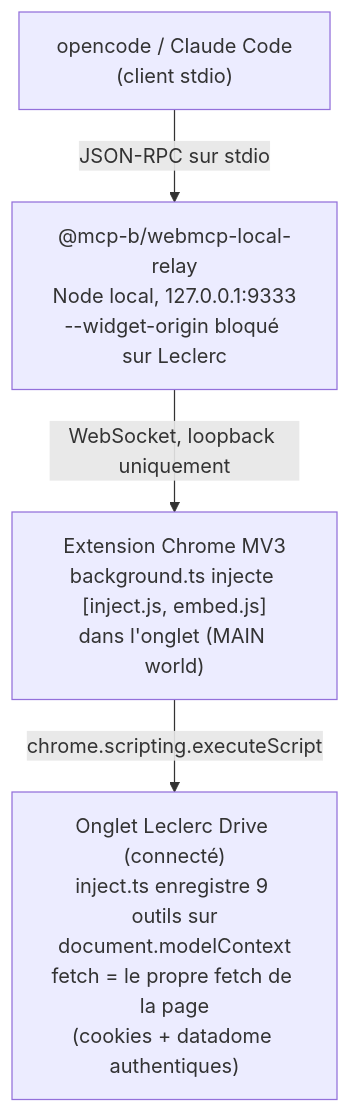
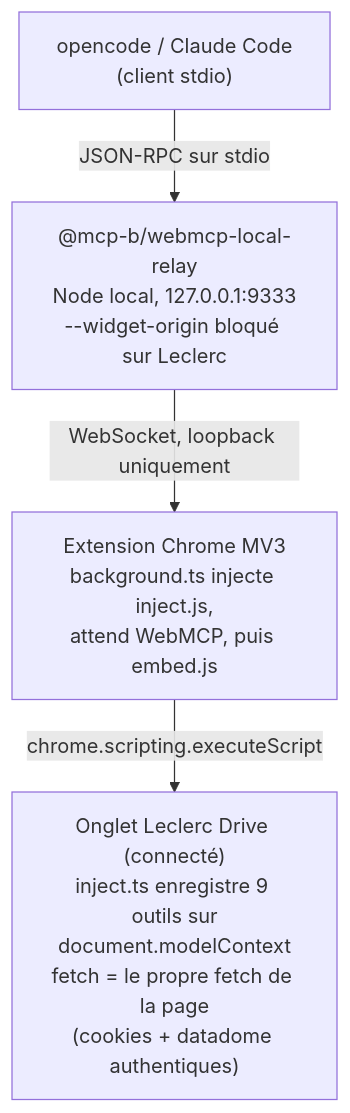
One commit to maurice30120/mcp-leclerc-drive changed the diagram in docs/README.md. Above: the diagram before and after it, drawn with Mermaid. The commit also changed other lines of this file and 42 other files, not shown here.

````diff
--- a/docs/README.md
+++ b/docs/README.md
@@ -19,11 +22,11 @@
 ```mermaid
 flowchart TD
     Client["opencode / Claude Code<br/>(client stdio)"]
     Relay["@mcp-b/webmcp-local-relay<br/>Node local, 127.0.0.1:9333<br/>--widget-origin bloqué sur Leclerc"]
-    Ext["Extension Chrome MV3<br/>background.ts injecte [inject.js, embed.js]<br/>dans l'onglet (MAIN world)"]
+    Ext["Extension Chrome MV3<br/>background.ts injecte inject.js,<br/>attend WebMCP, puis embed.js"]
     Tab["Onglet Leclerc Drive (connecté)<br/>inject.ts enregistre 9 outils sur<br/>document.modelContext<br/>fetch = le propre fetch de la page<br/>(cookies + datadome authentiques)"]
 
     Client -->|JSON-RPC sur stdio| Relay
     Relay -->|WebSocket, loopback uniquement| Ext
     Ext -->|chrome.scripting.executeScript| Tab
 ```
````
